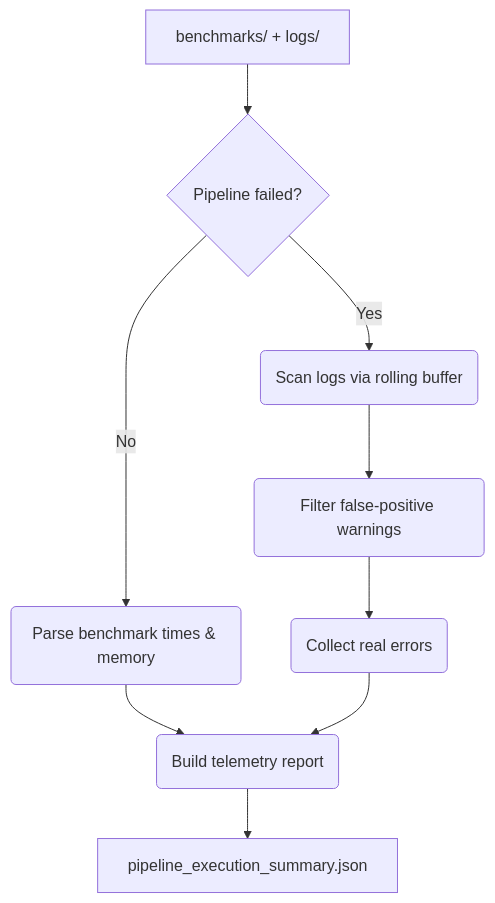
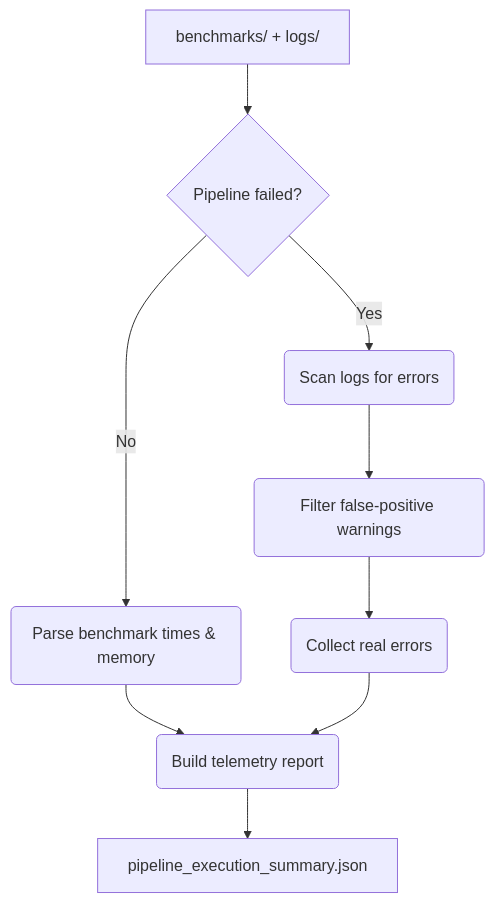
One commit to BDB-Genomics/bdb-rnaseq changed the seventh of 8 diagrams in rules/scripts/README.md. Above: the diagram before and after it, drawn with Mermaid. The commit also changed other lines of this file and 7 other files, not shown here.

````diff
--- a/rules/scripts/README.md
+++ b/rules/scripts/README.md
@@ -146,11 +169,11 @@
 ```mermaid
 graph TD
     A[benchmarks/ + logs/] --> B{Pipeline failed?}
-    B -- Yes --> C(Scan logs via rolling buffer)
+    B -- Yes --> C(Scan logs for errors)
     C --> D(Filter false-positive warnings)
     D --> E(Collect real errors)
     B -- No --> F(Parse benchmark times & memory)
     F --> G(Build telemetry report)
     E --> G
     G --> H[pipeline_execution_summary.json]
 ```
````
